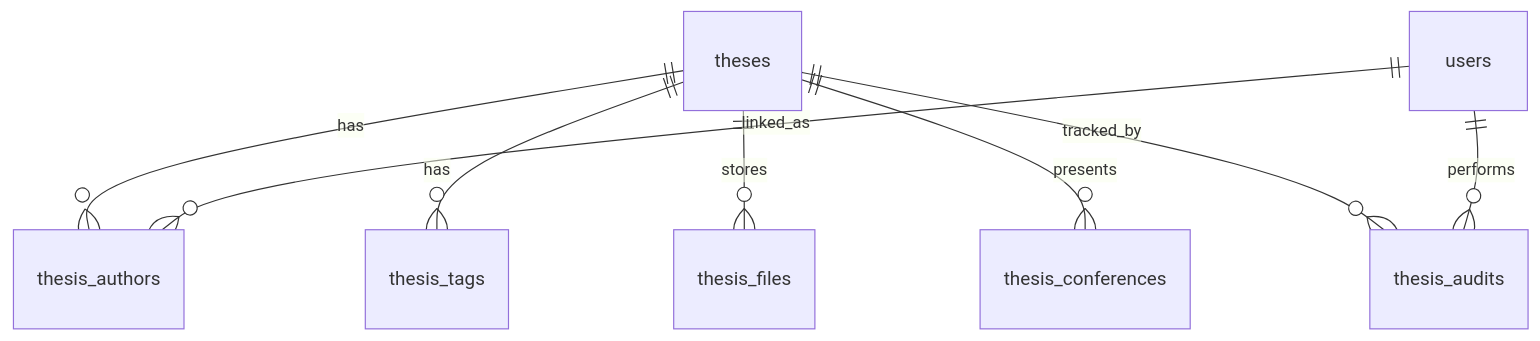
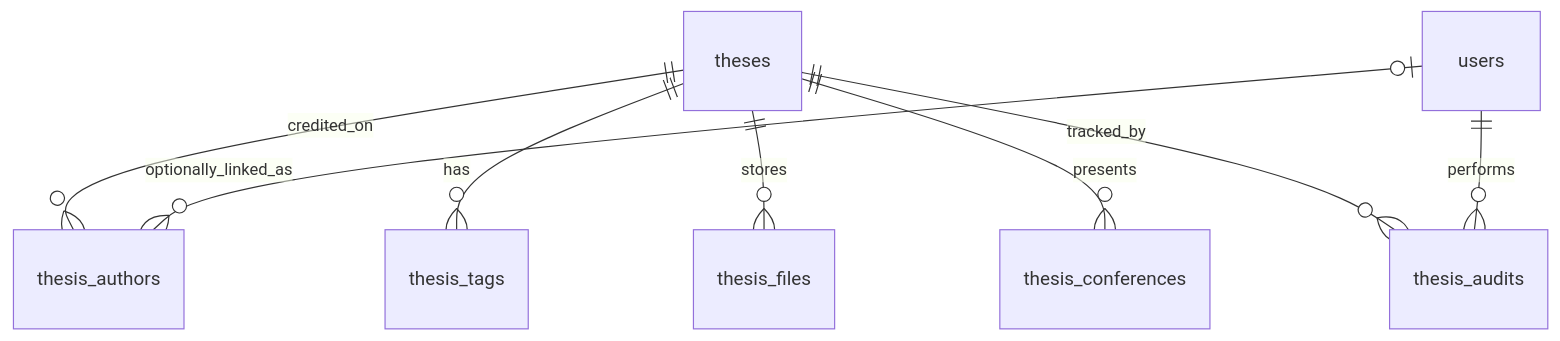
Before and after one commit to peaceyyy/Alexandria---DCISM-Research-Repository: the diagram in docs/database-engineer-reference.md, drawn with Mermaid. The commit also changed other lines of this file and 26 other files, not shown here.

````diff
--- a/docs/database-engineer-reference.md
+++ b/docs/database-engineer-reference.md
@@ -73,10 +73,10 @@
 ```mermaid
 erDiagram
-  theses ||--o{ thesis_authors : has
-  users ||--o{ thesis_authors : linked_as
+  theses ||--o{ thesis_authors : credited_on
+  users |o--o{ thesis_authors : optionally_linked_as
   theses ||--o{ thesis_tags : has
   theses ||--o{ thesis_files : stores
   theses ||--o{ thesis_conferences : presents
   theses ||--o{ thesis_audits : tracked_by
   users ||--o{ thesis_audits : performs
 ```
````
